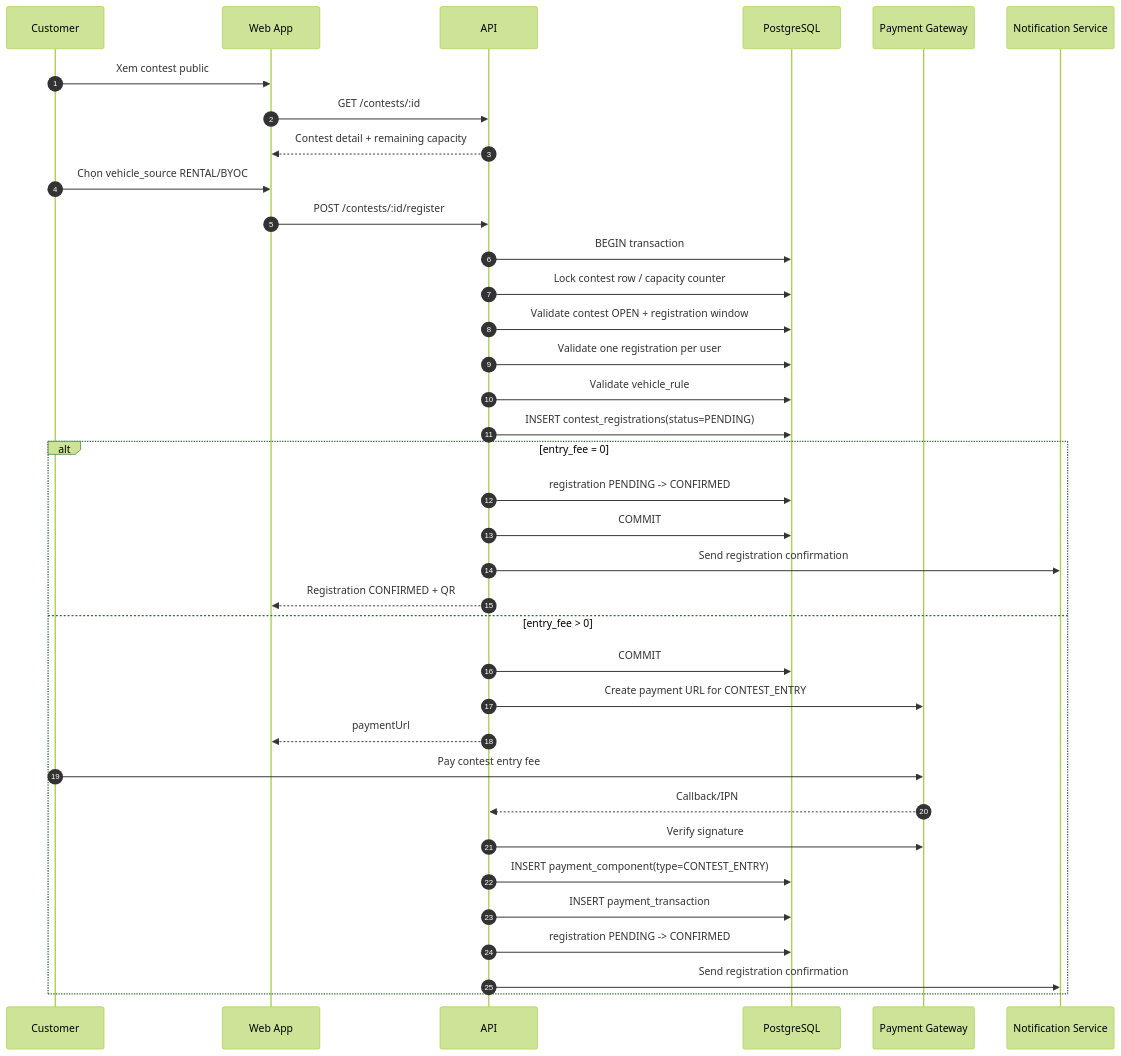
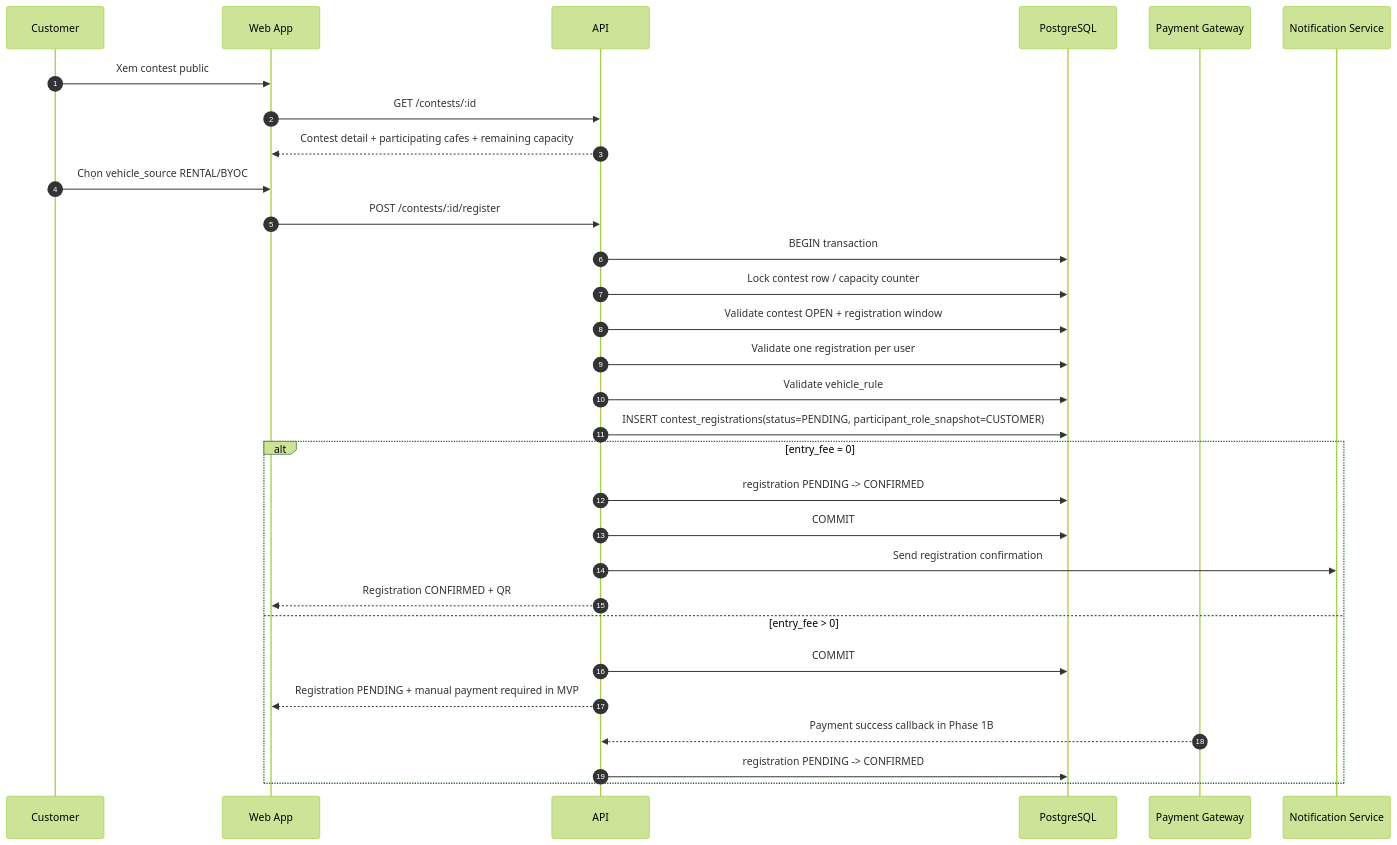
One commit to RCField-SEP490/rcfield-spec changed the third of 11 diagrams in docs/diagrams/sequence/sequence-flow-contest-lifecycle.md. Above: the diagram before and after it, drawn with Mermaid (forest theme). The commit also changed other lines of this file and 6 other files, not shown here.

Commit message:
docs: update contest multi-branch flow

````diff
--- a/docs/diagrams/sequence/sequence-flow-contest-lifecycle.md
+++ b/docs/diagrams/sequence/sequence-flow-contest-lifecycle.md
@@ -93,39 +99,33 @@
 ```mermaid
 sequenceDiagram
     autonumber
     participant C as Customer
     participant W as Web App
     participant API as API
     participant DB as PostgreSQL
     participant Pay as Payment Gateway
     participant N as Notification Service
 
     C->>W: Xem contest public
     W->>API: GET /contests/:id
-    API-->>W: Contest detail + remaining capacity
+    API-->>W: Contest detail + participating cafes + remaining capacity
     C->>W: Chọn vehicle_source RENTAL/BYOC
     W->>API: POST /contests/:id/register
     API->>DB: BEGIN transaction
     API->>DB: Lock contest row / capacity counter
     API->>DB: Validate contest OPEN + registration window
     API->>DB: Validate one registration per user
     API->>DB: Validate vehicle_rule
-    API->>DB: INSERT contest_registrations(status=PENDING)
+    API->>DB: INSERT contest_registrations(status=PENDING, participant_role_snapshot=CUSTOMER)
     alt entry_fee = 0
         API->>DB: registration PENDING -> CONFIRMED
         API->>DB: COMMIT
         API->>N: Send registration confirmation
         API-->>W: Registration CONFIRMED + QR
     else entry_fee > 0
         API->>DB: COMMIT
-        API->>Pay: Create payment URL for CONTEST_ENTRY
-        API-->>W: paymentUrl
-        C->>Pay: Pay contest entry fee
-        Pay-->>API: Callback/IPN
-        API->>Pay: Verify signature
-        API->>DB: INSERT payment_component(type=CONTEST_ENTRY)
-        API->>DB: INSERT payment_transaction
+        API-->>W: Registration PENDING + manual payment required in MVP
+        Pay-->>API: Payment success callback in Phase 1B
         API->>DB: registration PENDING -> CONFIRMED
-        API->>N: Send registration confirmation
     end
 ```
````
